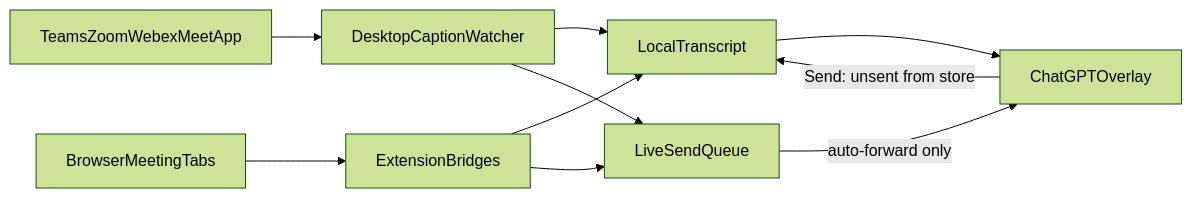
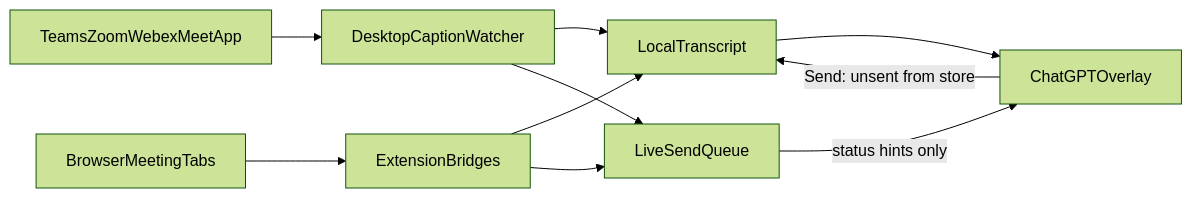
Before and after one commit to goverdhan1/dictate: the diagram in docs/ARCHITECTURE.md, drawn with Mermaid (forest theme). The commit also changed other lines of this file and 30 other files, not shown here.

````diff
--- a/docs/ARCHITECTURE.md
+++ b/docs/ARCHITECTURE.md
@@ -5,20 +5,20 @@
 ```mermaid
 flowchart LR
   desktopApps[TeamsZoomWebexMeetApp]
   browserTabs[BrowserMeetingTabs]
   watcher[DesktopCaptionWatcher]
   ext[ExtensionBridges]
   store[LocalTranscript]
   liveQ[LiveSendQueue]
   overlay[ChatGPTOverlay]
 
   desktopApps --> watcher
   browserTabs --> ext
   watcher --> store
   ext --> store
   watcher --> liveQ
   ext --> liveQ
   overlay -->|"Send: unsent from store"| store
   store --> overlay
-  liveQ -->|"auto-forward only"| overlay
+  liveQ -->|"status hints only"| overlay
 ```
````
